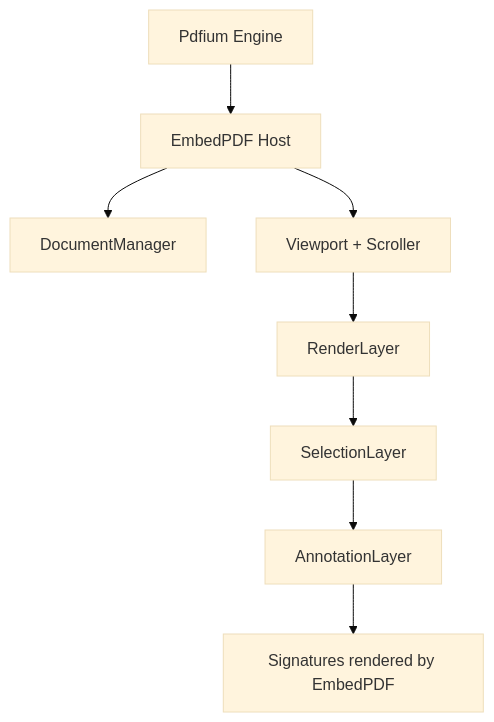
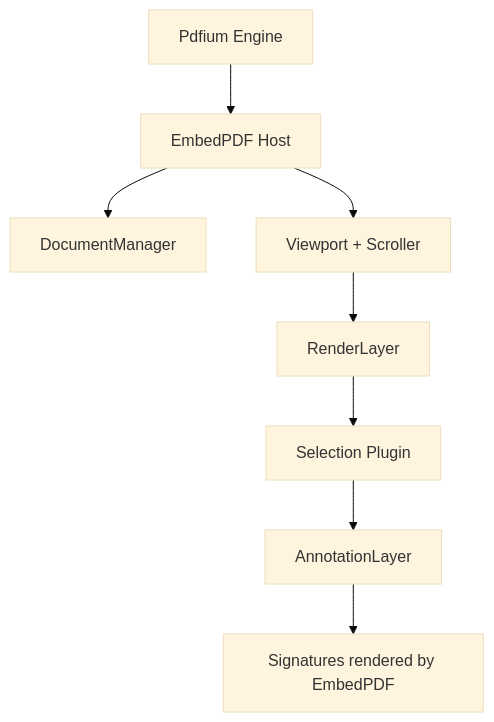
Before and after one commit to miguelurueta/DocuArchiNet: the first of 2 diagrams in openspec/changes/scrumcore-210-actualizacion-componente-appvisorembedpdf/design.md, drawn with Mermaid (base theme). The commit also changed other lines of this file and 2 other files, not shown here.

````diff
--- a/openspec/changes/scrumcore-210-actualizacion-componente-appvisorembedpdf/design.md
+++ b/openspec/changes/scrumcore-210-actualizacion-componente-appvisorembedpdf/design.md
@@ -47,10 +47,10 @@
 ```mermaid
 flowchart TD
   A[Pdfium Engine] --> B[EmbedPDF Host]
   B --> C[DocumentManager]
   B --> D[Viewport + Scroller]
   D --> E[RenderLayer]
-  E --> F[SelectionLayer]
+  E --> F[Selection Plugin]
   F --> G[AnnotationLayer]
   G --> H[Signatures rendered by EmbedPDF]
 ```
````
